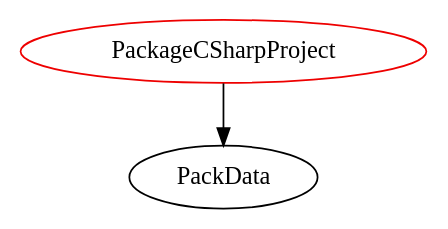
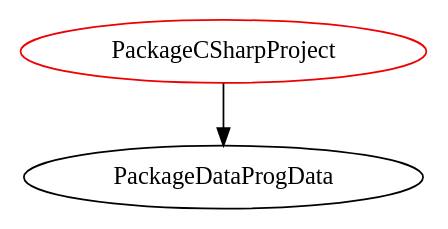
One commit to JacquesCarette/Drasil changed the diagram in analysis/TypeDependencyGraphs/code/PackageCSharpProject.dot. Above: the diagram before and after it, drawn with Graphviz. The commit also changed 253 other files, not shown here.

```diff
--- a/analysis/TypeDependencyGraphs/code/PackageCSharpProject.dot
+++ b/analysis/TypeDependencyGraphs/code/PackageCSharpProject.dot
@@ -1,4 +1,4 @@
 digraph packagecsharpproject{
 PackageCSharpProject	[shape=oval, color=red2, label="PackageCSharpProject"];
-PackageCSharpProject -> PackData;
+PackageCSharpProject -> PackageDataProgData;
 }
```
